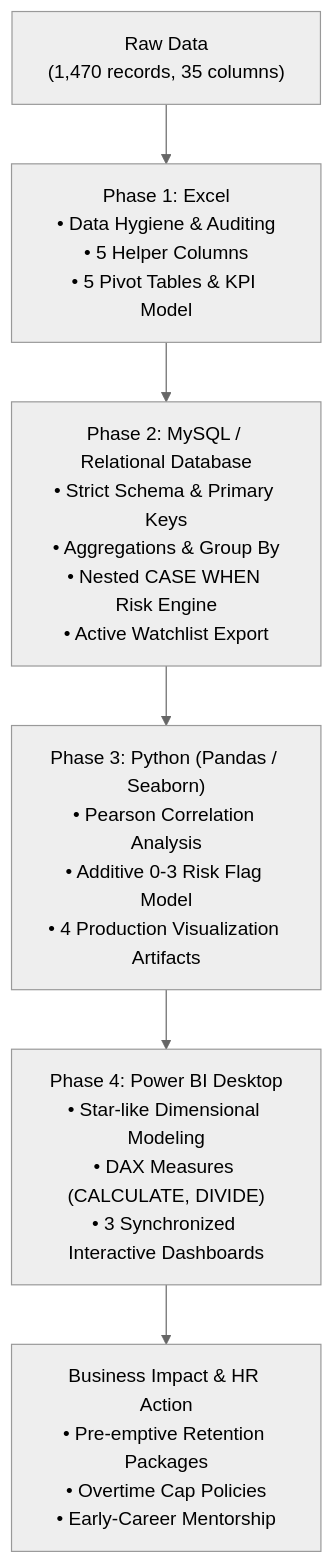
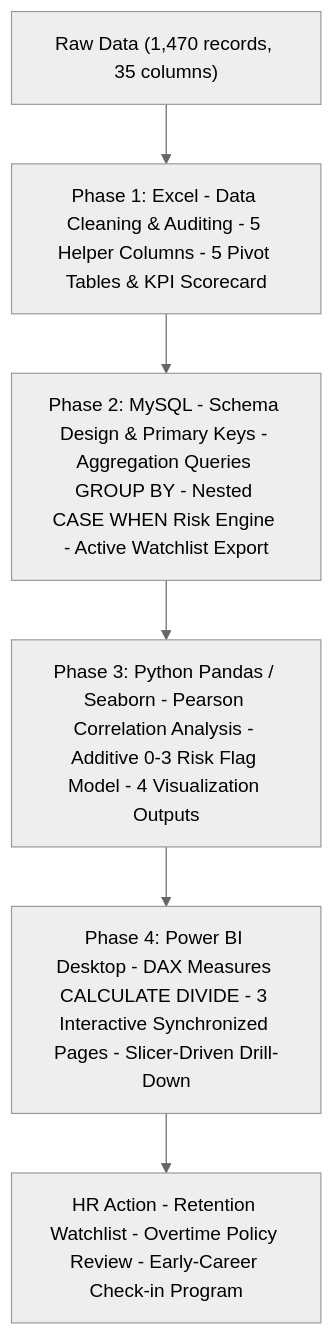
One commit to rohan912-456/HR-Attrition-Workforce-Intelligence changed the diagram in README.md. Above: the diagram before and after it, drawn with Mermaid (neutral theme). The commit also changed other lines of this file, not shown here.

````diff
--- a/README.md
+++ b/README.md
@@ -94,8 +105,8 @@
 ```mermaid
 graph TD
-    A["Raw Data<br/>(1,470 records, 35 columns)"] --> B["Phase 1: Excel<br/>• Data Hygiene & Auditing<br/>• 5 Helper Columns<br/>• 5 Pivot Tables & KPI Model"]
-    B --> C["Phase 2: MySQL / Relational Database<br/>• Strict Schema & Primary Keys<br/>• Aggregations & Group By<br/>• Nested CASE WHEN Risk Engine<br/>• Active Watchlist Export"]
-    C --> D["Phase 3: Python (Pandas / Seaborn)<br/>• Pearson Correlation Analysis<br/>• Additive 0-3 Risk Flag Model<br/>• 4 Production Visualization Artifacts"]
-    D --> E["Phase 4: Power BI Desktop<br/>• Star-like Dimensional Modeling<br/>• DAX Measures (CALCULATE, DIVIDE)<br/>• 3 Synchronized Interactive Dashboards"]
-    E --> F["Business Impact & HR Action<br/>• Pre-emptive Retention Packages<br/>• Overtime Cap Policies<br/>• Early-Career Mentorship"]
+    A["Raw Data (1,470 records, 35 columns)"] --> B["Phase 1: Excel - Data Cleaning & Auditing - 5 Helper Columns - 5 Pivot Tables & KPI Scorecard"]
+    B --> C["Phase 2: MySQL - Schema Design & Primary Keys - Aggregation Queries GROUP BY - Nested CASE WHEN Risk Engine - Active Watchlist Export"]
+    C --> D["Phase 3: Python Pandas / Seaborn - Pearson Correlation Analysis - Additive 0-3 Risk Flag Model - 4 Visualization Outputs"]
+    D --> E["Phase 4: Power BI Desktop - DAX Measures CALCULATE DIVIDE - 3 Interactive Synchronized Pages - Slicer-Driven Drill-Down"]
+    E --> F["HR Action - Retention Watchlist - Overtime Policy Review - Early-Career Check-in Program"]
 ```
````
